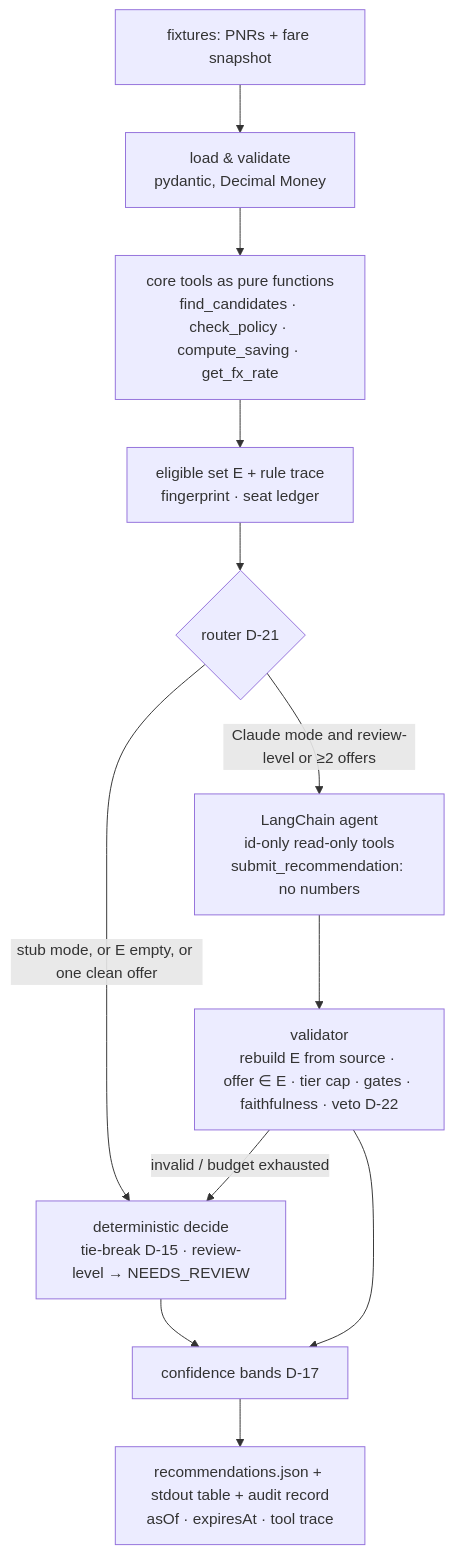
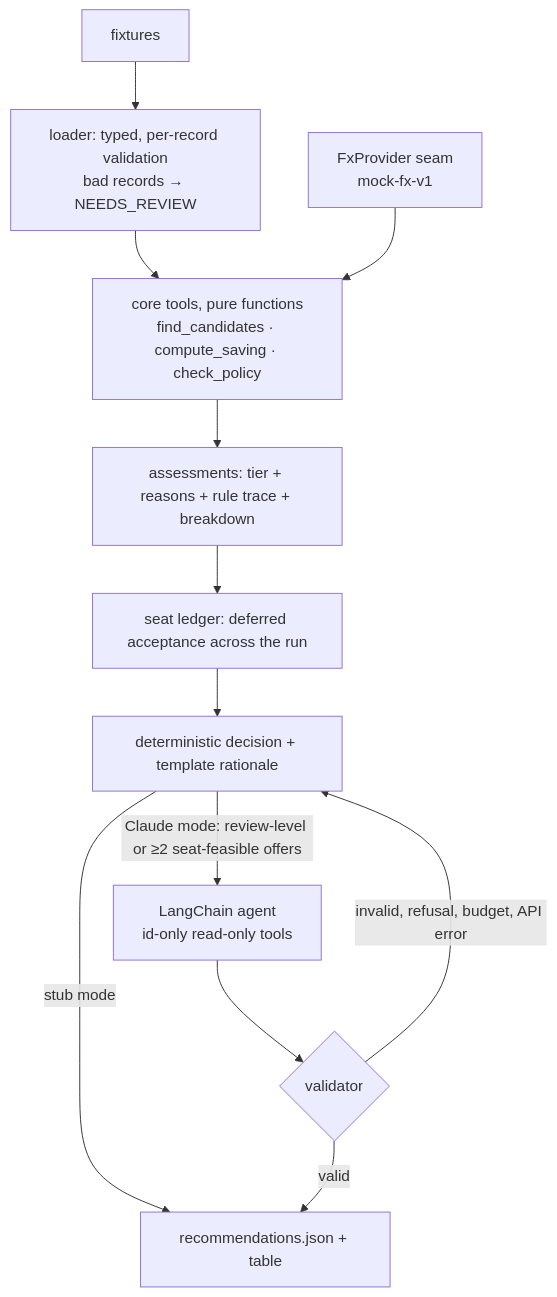
Before and after one commit to maciejGolebio/Rebooking-Copilot: the diagram in DESIGN.md, drawn with Mermaid. The commit also changed other lines of this file, not shown here.

````diff
--- a/DESIGN.md
+++ b/DESIGN.md
@@ -32,14 +48,14 @@
 ```mermaid
 flowchart TD
-  IN[fixtures: PNRs + fare snapshot] --> V[load & validate<br/>pydantic, Decimal Money]
-  V --> CORE[core tools as pure functions<br/>find_candidates · check_policy · compute_saving · get_fx_rate]
-  CORE --> E[eligible set E + rule trace<br/>fingerprint · seat ledger]
-  E --> R{router D-21}
-  R -->|stub mode, or E empty, or one clean offer| DET[deterministic decide<br/>tie-break D-15 · review-level → NEEDS_REVIEW]
-  R -->|Claude mode and review-level or ≥2 offers| AG[LangChain agent<br/>id-only read-only tools<br/>submit_recommendation: no numbers]
-  AG --> VAL[validator<br/>rebuild E from source · offer ∈ E · tier cap · gates · faithfulness · veto D-22]
-  VAL -->|invalid / budget exhausted| DET
-  VAL --> CONF
-  DET --> CONF[confidence bands D-17]
-  CONF --> OUT[recommendations.json + stdout table + audit record<br/>asOf · expiresAt · tool trace]
+  IN[fixtures] --> L[loader: typed, per-record validation<br/>bad records → NEEDS_REVIEW]
+  L --> T[core tools, pure functions<br/>find_candidates · compute_saving · check_policy]
+  FX[FxProvider seam<br/>mock-fx-v1] --> T
+  T --> A[assessments: tier + reasons + rule trace + breakdown]
+  A --> S[seat ledger: deferred acceptance across the run]
+  S --> D[deterministic decision + template rationale]
+  D -->|stub mode| O[recommendations.json + table]
+  D -->|Claude mode: review-level or ≥2 seat-feasible offers| G[LangChain agent<br/>id-only read-only tools]
+  G --> V{validator}
+  V -->|valid| O
+  V -->|invalid, refusal, budget, API error| D
 ```
````
